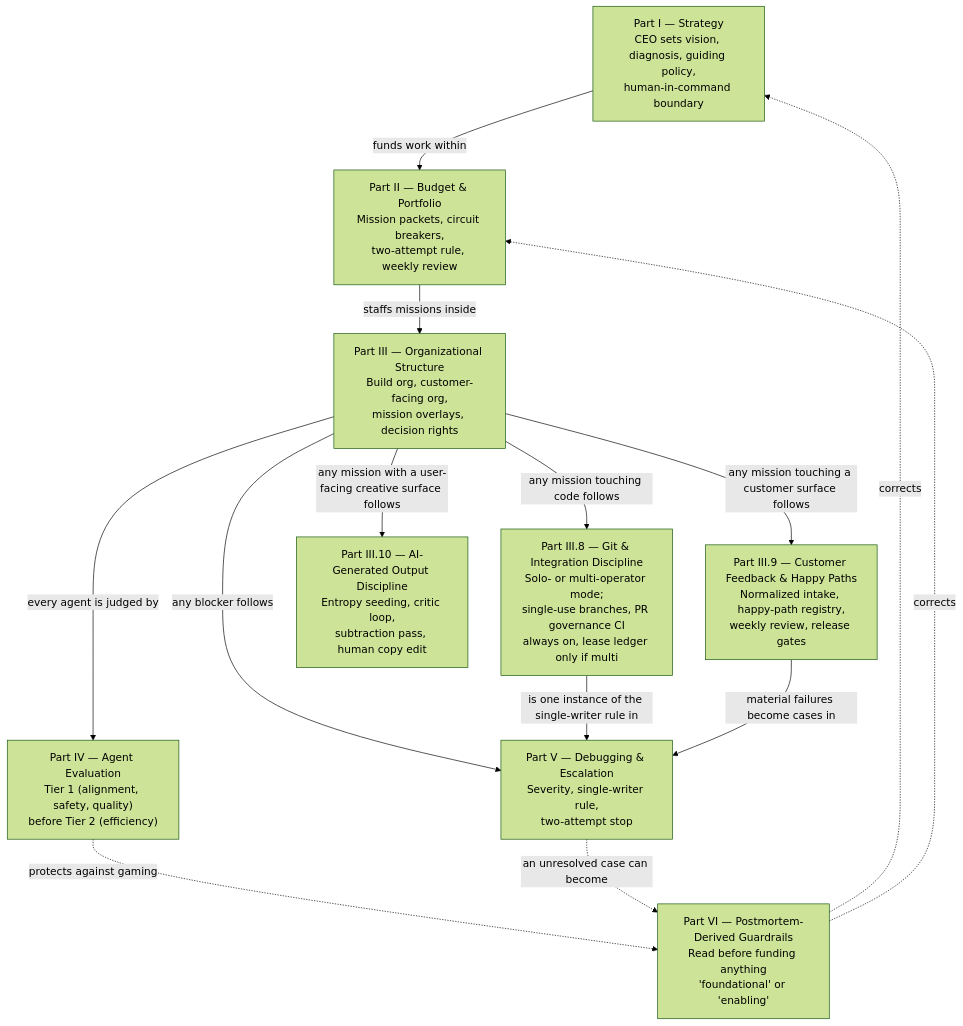
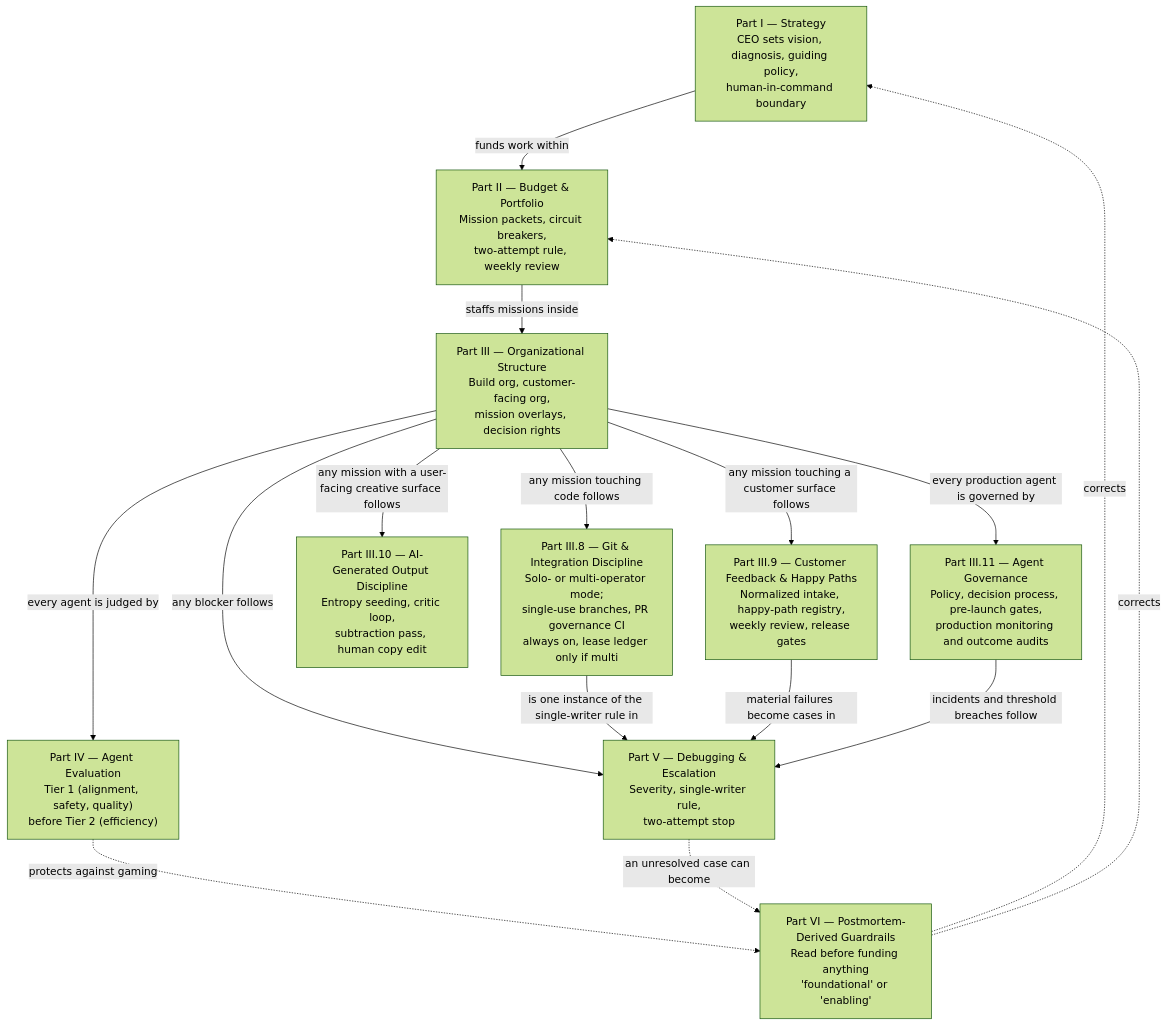
The diagram in README.md (irl-labs-us/agentic-org-framework), drawn with Mermaid (forest theme) before and after one commit. The commit also changed other lines of this file and 4 other files, not shown here.

Commit message:
Add agent governance policy process and monitoring

````diff
--- a/README.md
+++ b/README.md
@@ -19,26 +19,29 @@
 ```mermaid
 flowchart TB
     STRATEGY["Part I — Strategy<br/>CEO sets vision, diagnosis, guiding policy,<br/>human-in-command boundary"]
     BUDGET["Part II — Budget & Portfolio<br/>Mission packets, circuit breakers,<br/>two-attempt rule, weekly review"]
     ORG["Part III — Organizational Structure<br/>Build org, customer-facing org,<br/>mission overlays, decision rights"]
     GIT["Part III.8 — Git & Integration Discipline<br/>Solo- or multi-operator mode;<br/>single-use branches, PR governance CI<br/>always on, lease ledger only if multi"]
     FEEDBACK["Part III.9 — Customer Feedback & Happy Paths<br/>Normalized intake, happy-path registry,<br/>weekly review, release gates"]
     DESIGN["Part III.10 — AI-Generated Output Discipline<br/>Entropy seeding, critic loop,<br/>subtraction pass, human copy edit"]
+    GOVERNANCE["Part III.11 — Agent Governance<br/>Policy, decision process, pre-launch gates,<br/>production monitoring and outcome audits"]
     EVAL["Part IV — Agent Evaluation<br/>Tier 1 (alignment, safety, quality)<br/>before Tier 2 (efficiency)"]
     DEBUG["Part V — Debugging & Escalation<br/>Severity, single-writer rule,<br/>two-attempt stop"]
     GUARDRAILS["Part VI — Postmortem-Derived Guardrails<br/>Read before funding anything<br/>'foundational' or 'enabling'"]
 
     STRATEGY -->|"funds work within"| BUDGET
     BUDGET -->|"staffs missions inside"| ORG
     ORG -->|"any mission touching code follows"| GIT
     ORG -->|"any mission touching a customer surface follows"| FEEDBACK
     ORG -->|"any mission with a user-facing creative surface follows"| DESIGN
+    ORG -->|"every production agent is governed by"| GOVERNANCE
     ORG -->|"every agent is judged by"| EVAL
     ORG -->|"any blocker follows"| DEBUG
     GIT -->|"is one instance of the single-writer rule in"| DEBUG
     FEEDBACK -->|"material failures become cases in"| DEBUG
+    GOVERNANCE -->|"incidents and threshold breaches follow"| DEBUG
     EVAL -.->|"protects against gaming"| GUARDRAILS
     DEBUG -.->|"an unresolved case can become"| GUARDRAILS
     GUARDRAILS -.->|"corrects"| STRATEGY
     GUARDRAILS -.->|"corrects"| BUDGET
 ```
````
